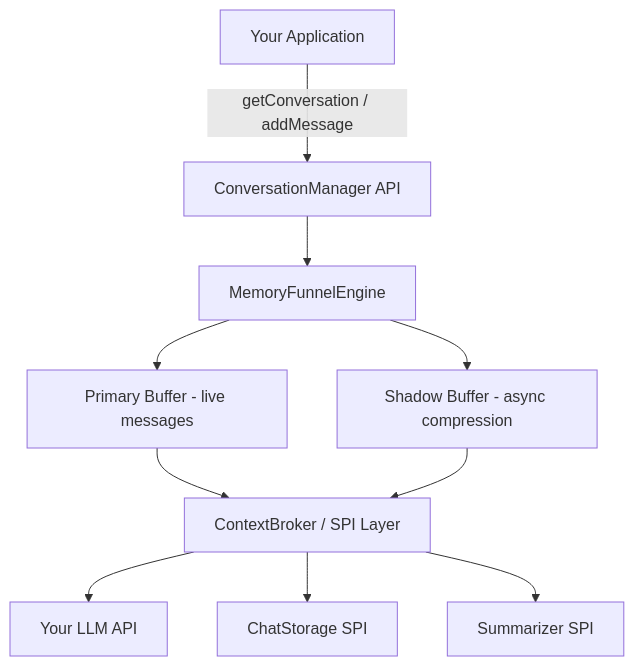
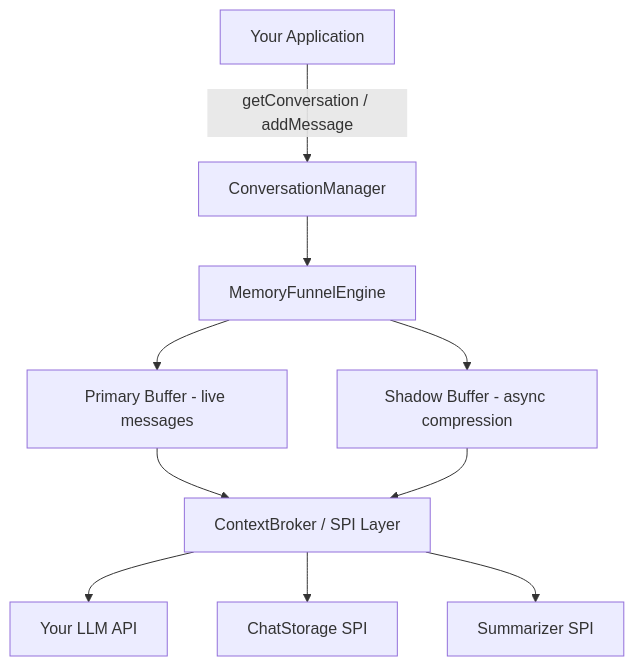
Before and after one commit to zheli001/lumi_conversation_manager: the second of 2 diagrams in README.md, drawn with Mermaid. The commit also changed other lines of this file, not shown here.

First line of the commit message:
docs: add ecosystem-level architecture + end-user integration paths to README

````diff
--- a/README.md
+++ b/README.md
@@ -59,12 +95,12 @@
 ```mermaid
 graph TD
-    App[Your Application] -->|getConversation / addMessage| API[ConversationManager API]
+    App[Your Application] -->|getConversation / addMessage| API[ConversationManager]
     API --> Engine[MemoryFunnelEngine]
     Engine --> Primary[Primary Buffer - live messages]
     Engine --> Shadow[Shadow Buffer - async compression]
     Primary --> Broker[ContextBroker / SPI Layer]
     Shadow --> Broker
     Broker --> LLM[Your LLM API]
     Broker --> Storage[ChatStorage SPI]
     Broker --> Summarizer[Summarizer SPI]
 ```
````
